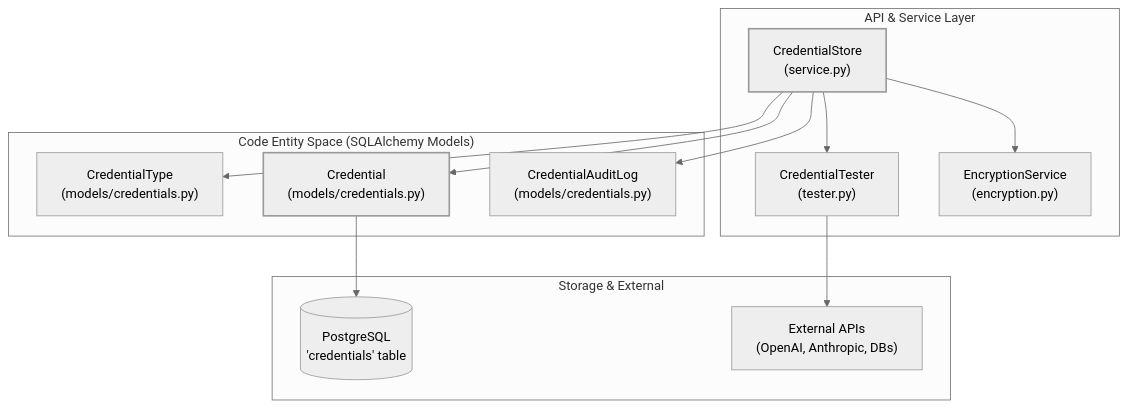
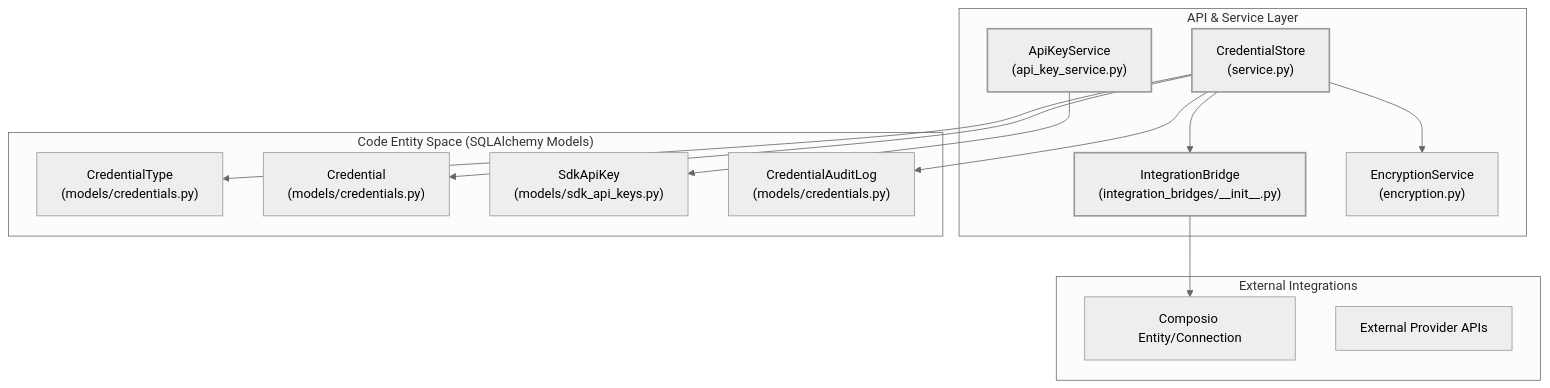
One commit to AutomatosAI/automatos-ai changed the first of 2 diagrams in docs/authentication-multi-tenancy/credentials-management.md. Above: the diagram before and after it, drawn with Mermaid (neutral theme). The commit also changed other lines of this file and 191 other files, not shown here.

````diff
--- a/docs/authentication-multi-tenancy/credentials-management.md
+++ b/docs/authentication-multi-tenancy/credentials-management.md
@@ -44,31 +45,33 @@
 ```mermaid
-graph TB
+graph TD
     subgraph "API & Service Layer"
         Store["CredentialStore<br/>(service.py)"]
-        Tester["CredentialTester<br/>(tester.py)"]
+        Bridge["IntegrationBridge<br/>(integration_bridges/__init__.py)"]
         Encryption["EncryptionService<br/>(encryption.py)"]
+        KeyService["ApiKeyService<br/>(api_key_service.py)"]
     end
     
     subgraph "Code Entity Space (SQLAlchemy Models)"
         TypeModel["CredentialType<br/>(models/credentials.py)"]
         CredModel["Credential<br/>(models/credentials.py)"]
-        AuditModel["CredentialAuditLog<br/>(models/credentials.py)"]
+        SDKModel["SdkApiKey<br/>(models/sdk_api_keys.py)"]
+        AuditLogModel["CredentialAuditLog<br/>(models/credentials.py)"]
     end
     
-    subgraph "Storage & External"
-        DB[("PostgreSQL<br/>'credentials' table")]
-        Targets["External APIs<br/>(OpenAI, Anthropic, DBs)"]
+    subgraph "External Integrations"
+        Composio["Composio Entity/Connection"]
+        ExternalAPI["External Provider APIs"]
     end
     
     Store --> TypeModel
     Store --> CredModel
     Store --> Encryption
-    Store --> AuditModel
-    
-    Tester --> Targets
-    Store --> Tester
-    CredModel --> DB
+    Store --> Bridge
+    Store --> AuditLogModel
+    Bridge --> Composio
+    KeyService --> SDKModel
     
     style Store stroke-width:2px
-    style CredModel stroke-width:2px
+    style KeyService stroke-width:2px
+    style Bridge stroke-width:2px
 ```
````
